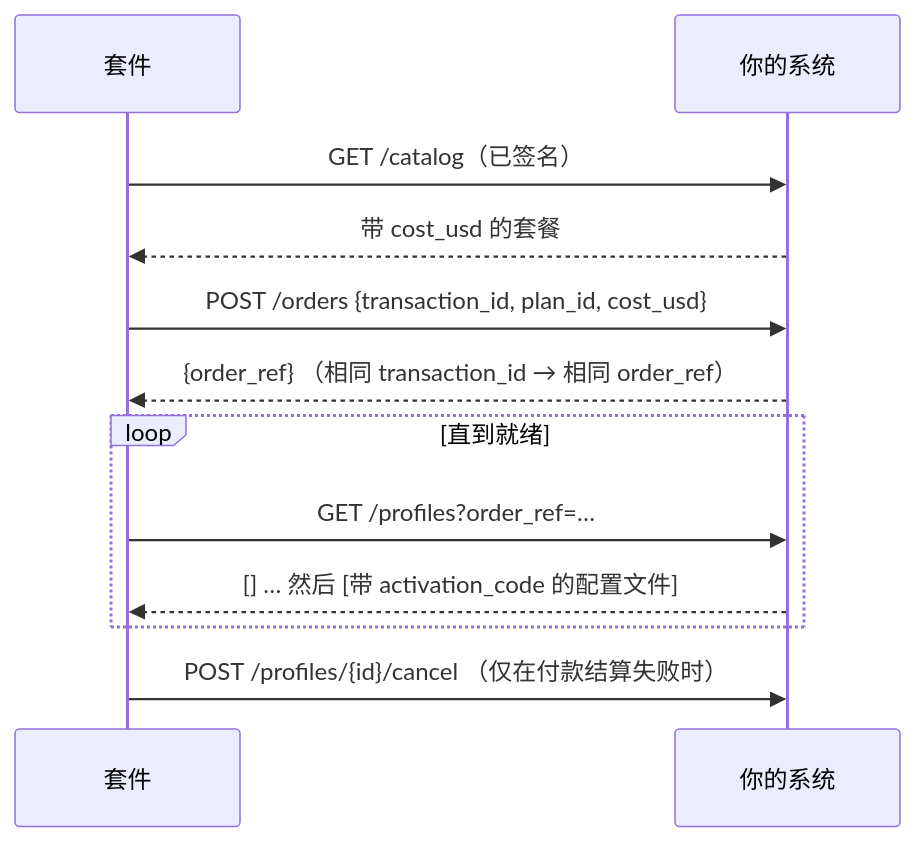
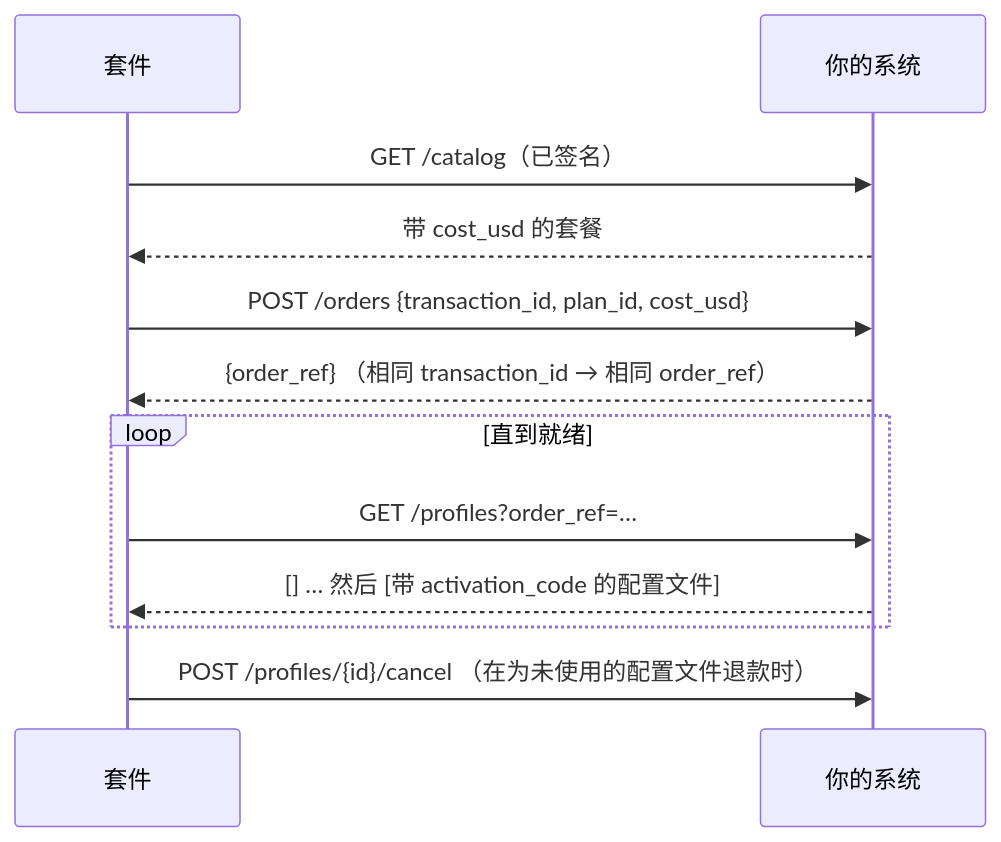
One commit to alexar76/esim-operator-kit changed the diagram in docs/zh/sdk.md. Above: the diagram before and after it, drawn with Mermaid. The commit also changed other lines of this file and 65 other files, not shown here.

````diff
--- a/docs/zh/sdk.md
+++ b/docs/zh/sdk.md
@@ -96,14 +96,14 @@
 ```mermaid
 sequenceDiagram
   participant K as 套件
   participant Y as 你的系统
   K->>Y: GET /catalog（已签名）
   Y-->>K: 带 cost_usd 的套餐
   K->>Y: POST /orders {transaction_id, plan_id, cost_usd}
   Y-->>K: {order_ref}   （相同 transaction_id → 相同 order_ref）
   loop 直到就绪
     K->>Y: GET /profiles?order_ref=…
     Y-->>K: [] … 然后 [带 activation_code 的配置文件]
   end
-  K->>Y: POST /profiles/{id}/cancel   （仅在付款结算失败时）
+  K->>Y: POST /profiles/{id}/cancel   （在为未使用的配置文件退款时）
 ```
````
